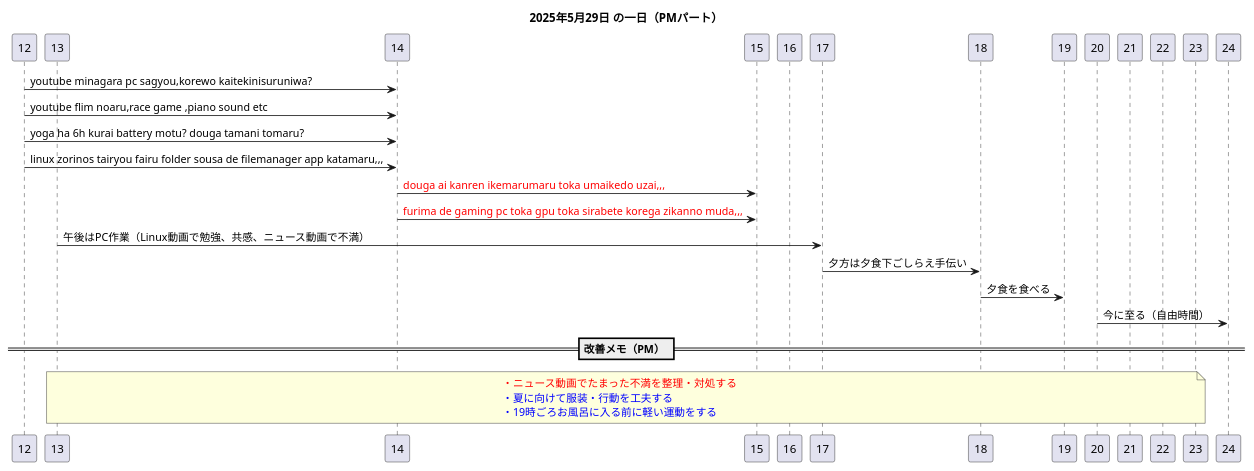
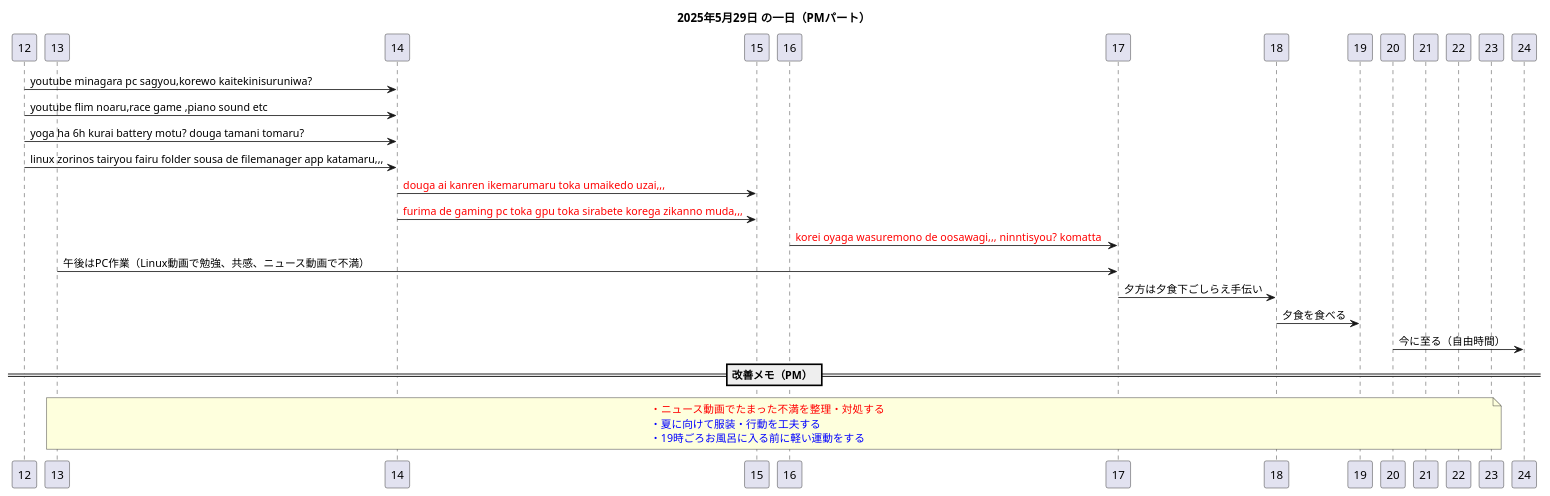
The diagram in diary_250529pm.pu (coacoa/images), drawn with PlantUML before and after one commit. The commit also changed 4 other files, not shown here.

```diff
--- a/diary_250529pm.pu
+++ b/diary_250529pm.pu
@@ -1,36 +1,37 @@
 @startuml
 title 2025年5月29日 の一日（PMパート）
 
 participant "12" as T12
 participant "13" as T13
 participant "14" as T14
 participant "15" as T15
 participant "16" as T16
 participant "17" as T17
 participant "18" as T18
 participant "19" as T19
 participant "20" as T20
 participant "21" as T21
 participant "22" as T22
 participant "23" as T23
 participant "24" as T24
 
 T12 -> T14: youtube minagara pc sagyou,korewo kaitekinisuruniwa?
 T12 -> T14: youtube flim noaru,race game ,piano sound etc
 T12 -> T14: yoga ha 6h kurai battery motu? douga tamani tomaru?
 T12 -> T14: linux zorinos tairyou fairu folder sousa de filemanager app katamaru,,,
 T14 -> T15: <font color=red>douga ai kanren ikemarumaru toka umaikedo uzai,,,</font>
 T14 -> T15: <font color=red>furima de gaming pc toka gpu toka sirabete korega zikanno muda,,,</font>
+T16 -> T17: <font color=red>korei oyaga wasuremono de oosawagi,,, ninntisyou? komatta </font>
 T13 -> T17: 午後はPC作業（Linux動画で勉強、共感、ニュース動画で不満）
 T17 -> T18: 夕方は夕食下ごしらえ手伝い
 T18 -> T19: 夕食を食べる
 T20 -> T24: 今に至る（自由時間）
 
 == 改善メモ（PM） ==
 note over T13, T23
 <color:red>・ニュース動画でたまった不満を整理・対処する</color>  
 <color:blue>・夏に向けて服装・行動を工夫する</color>  
 <color:blue>・19時ごろお風呂に入る前に軽い運動をする</color>
 end note
 
 @enduml
```
